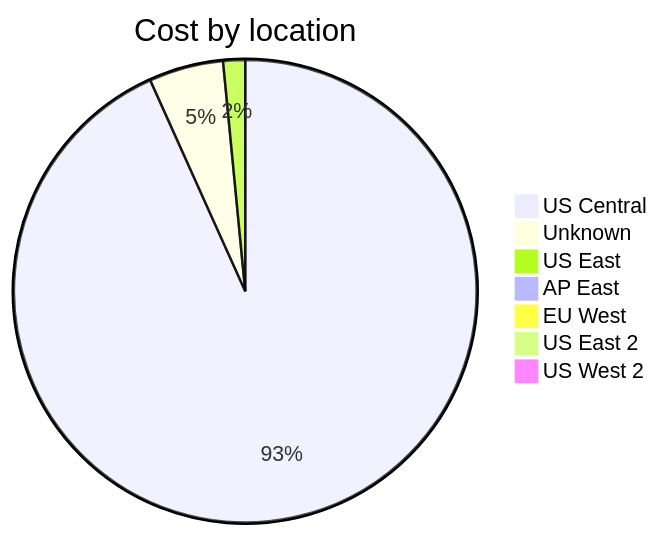
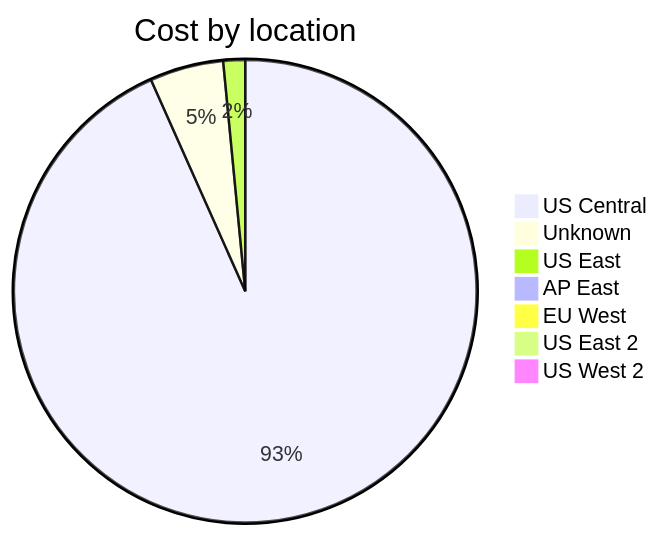
One commit to jpfulton/azure-personal-reports changed the third of 4 diagrams in cost-reports/accumulated-cost.md. Above: the diagram before and after it, drawn with Mermaid. The commit also changed other lines of this file and 4 other files, not shown here.

````diff
--- a/cost-reports/accumulated-cost.md
+++ b/cost-reports/accumulated-cost.md
@@ -123,11 +123,11 @@
 ```mermaid
 pie
    title Cost by location
-   "US Central" : 17.04
-   "Unknown" : 0.95
-   "US East" : 0.28
+   "US Central" : 17.76
+   "Unknown" : 0.98
+   "US East" : 0.29
    "AP East" : 0.00
    "EU West" : 0.00
    "US East 2" : 0.00
    "US West 2" : 0.00
 ```
````
